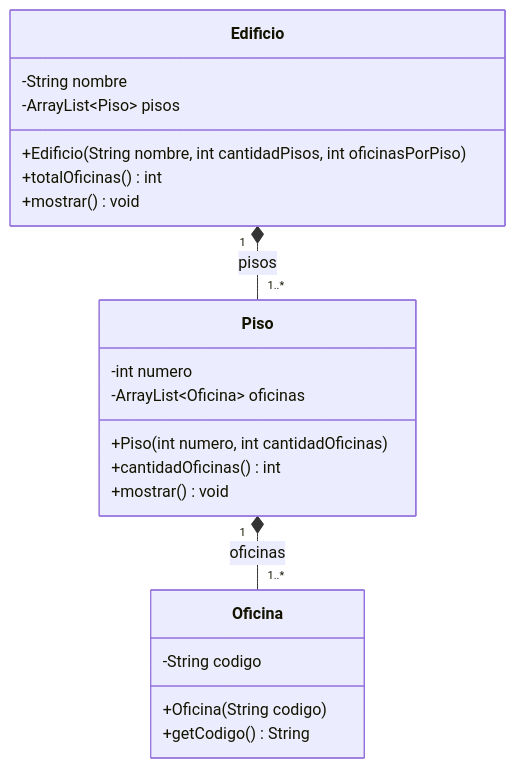
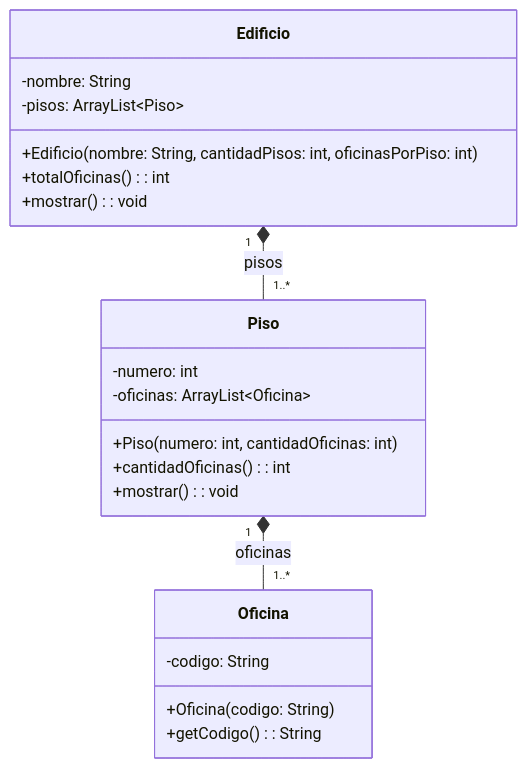
Before and after one commit to CursosProgramacionEP/USIL_SEMANA10: the second of 6 diagrams in PRACTICAS_CLASE.md, drawn with Mermaid. The commit also changed other lines of this file and 1 other file, not shown here.

First line of the commit message:
Diagramas UML en notacion estandar (nombre: Tipo) en README y PRACTICAS_CLASE

````diff
--- a/PRACTICAS_CLASE.md
+++ b/PRACTICAS_CLASE.md
@@ -84,24 +84,24 @@
 ```mermaid
 classDiagram
     class Edificio {
-        -String nombre
-        -ArrayList~Piso~ pisos
-        +Edificio(String nombre, int cantidadPisos, int oficinasPorPiso)
-        +totalOficinas() int
-        +mostrar() void
+        -nombre: String
+        -pisos: ArrayList~Piso~
+        +Edificio(nombre: String, cantidadPisos: int, oficinasPorPiso: int)
+        +totalOficinas() : int
+        +mostrar() : void
     }
     class Piso {
-        -int numero
-        -ArrayList~Oficina~ oficinas
-        +Piso(int numero, int cantidadOficinas)
-        +cantidadOficinas() int
-        +mostrar() void
+        -numero: int
+        -oficinas: ArrayList~Oficina~
+        +Piso(numero: int, cantidadOficinas: int)
+        +cantidadOficinas() : int
+        +mostrar() : void
     }
     class Oficina {
-        -String codigo
-        +Oficina(String codigo)
-        +getCodigo() String
+        -codigo: String
+        +Oficina(codigo: String)
+        +getCodigo() : String
     }
     Edificio "1" *-- "1..*" Piso : pisos
     Piso "1" *-- "1..*" Oficina : oficinas
 ```
````
